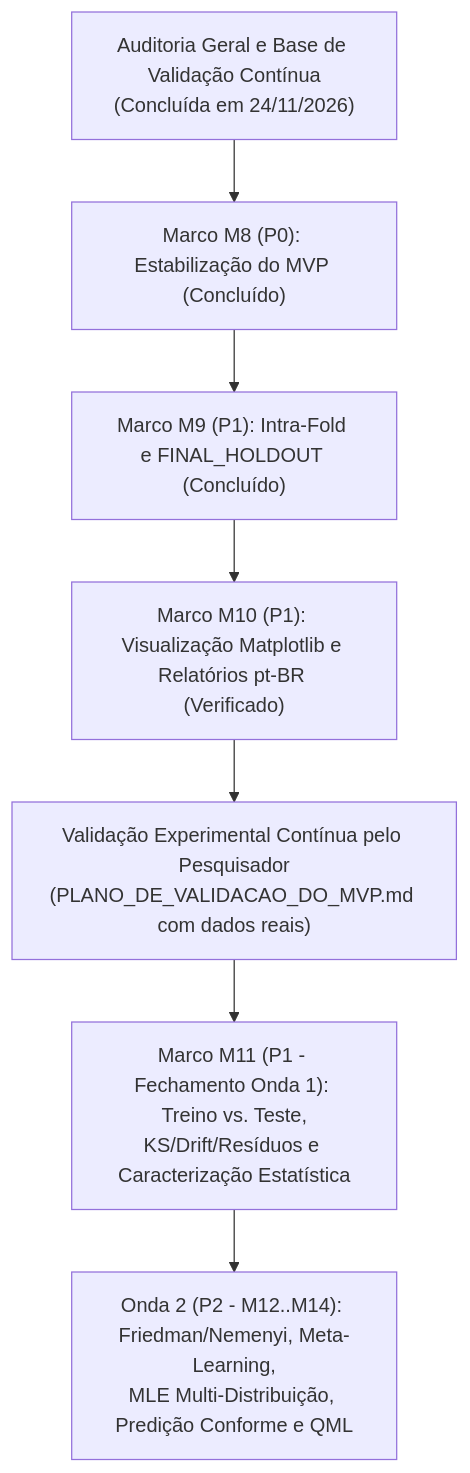
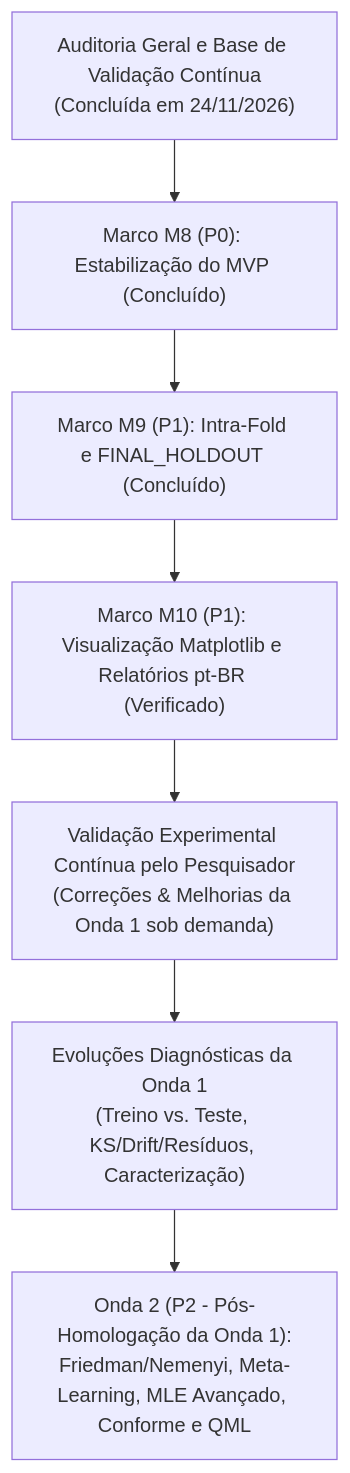
Before and after one commit to aleerangel/experimental-ml-framework: the second of 2 diagrams in docs/engenharia_software/ROADMAP_EVOLUCAO.md, drawn with Mermaid. The commit also changed other lines of this file and 5 other files, not shown here.

````diff
--- a/docs/engenharia_software/ROADMAP_EVOLUCAO.md
+++ b/docs/engenharia_software/ROADMAP_EVOLUCAO.md
@@ -216,12 +218,12 @@
 ```mermaid
 flowchart TD
     Auditoria["Auditoria Geral e Base de Validação Contínua<br/>(Concluída em 24/11/2026)"]
     M8["Marco M8 (P0): Estabilização do MVP (Concluído)"]
     M9["Marco M9 (P1): Intra-Fold e FINAL_HOLDOUT (Concluído)"]
     M10["Marco M10 (P1): Visualização Matplotlib e Relatórios pt-BR (Verificado)"]
-    ValCont["Validação Experimental Contínua pelo Pesquisador<br/>(PLANO_DE_VALIDACAO_DO_MVP.md com dados reais)"]
-    M11["Marco M11 (P1 - Fechamento Onda 1): Treino vs. Teste,<br/>KS/Drift/Resíduos e Caracterização Estatística"]
-    Onda2["Onda 2 (P2 - M12..M14): Friedman/Nemenyi, Meta-Learning,<br/>MLE Multi-Distribuição, Predição Conforme e QML"]
+    ValCont["Validação Experimental Contínua pelo Pesquisador<br/>(Correções & Melhorias da Onda 1 sob demanda)"]
+    Onda1Fech["Evoluções Diagnósticas da Onda 1<br/>(Treino vs. Teste, KS/Drift/Resíduos, Caracterização)"]
+    Onda2["Onda 2 (P2 - Pós-Homologação da Onda 1):<br/>Friedman/Nemenyi, Meta-Learning, MLE Avançado, Conforme e QML"]
 
-    Auditoria --> M8 --> M9 --> M10 --> ValCont --> M11 --> Onda2
+    Auditoria --> M8 --> M9 --> M10 --> ValCont --> Onda1Fech --> Onda2
 ```
````
